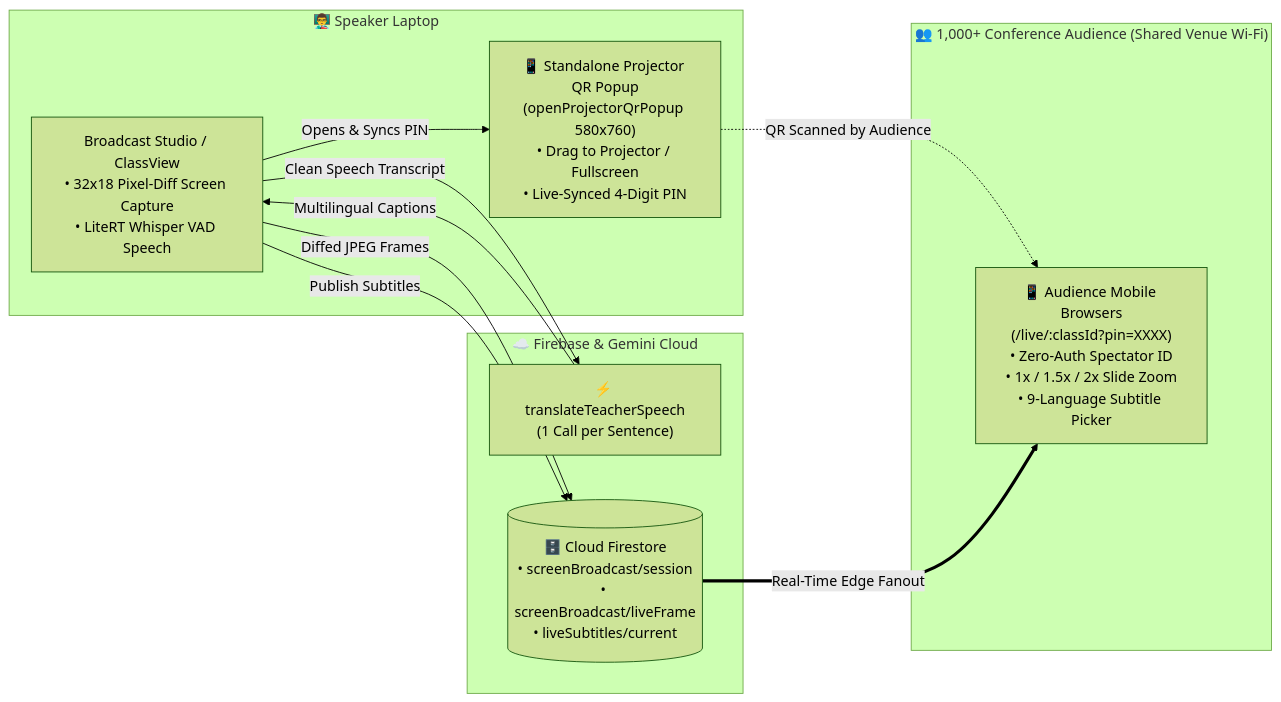
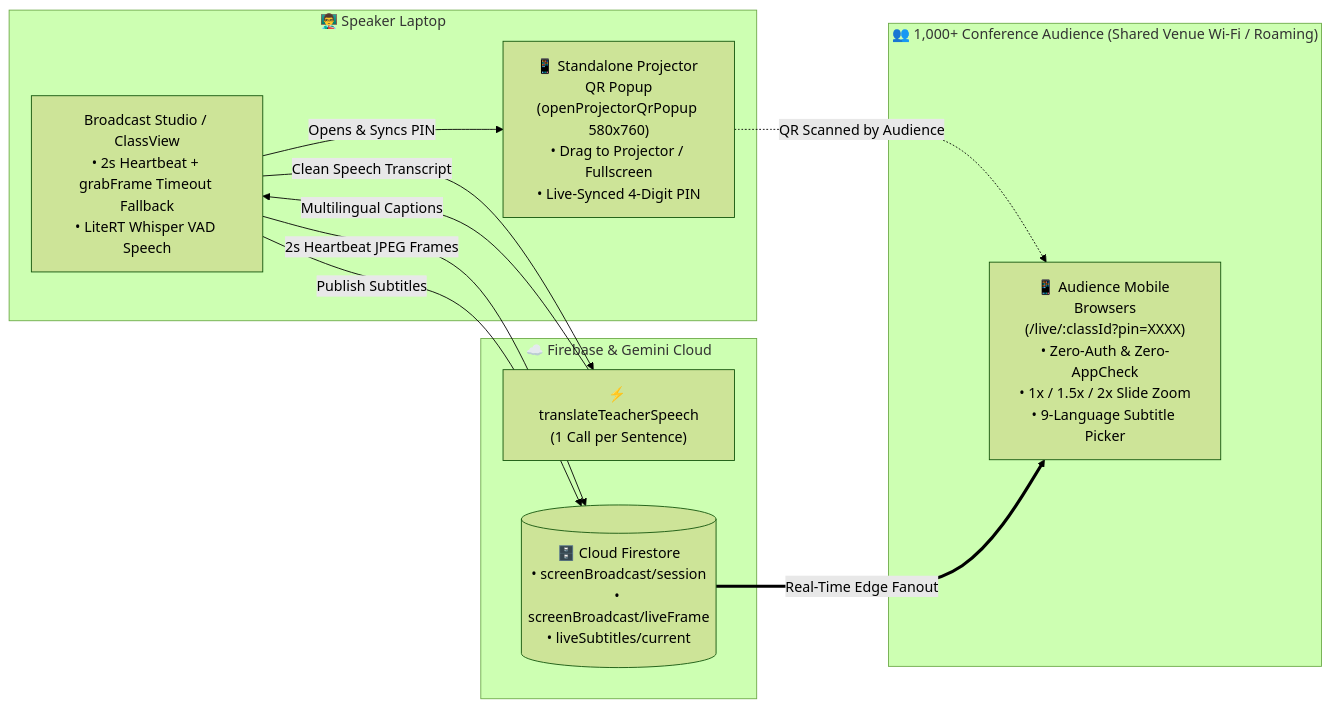
Before and after one commit to wongcyrus/Google-AI-Classroom: the third of 7 diagrams in docs/user-manual-teacher.md, drawn with Mermaid (forest theme). The commit also changed other lines of this file and 4 other files, not shown here.

Commit message:
docs: update screen broadcast & zero-auth public live view reliability docs

````diff
--- a/docs/user-manual-teacher.md
+++ b/docs/user-manual-teacher.md
@@ -529,24 +528,24 @@
 ```mermaid
 flowchart LR
     subgraph SpeakerLaptop["👨‍🏫 Speaker Laptop"]
-        MainUI["Broadcast Studio / ClassView<br/>• 32x18 Pixel-Diff Screen Capture<br/>• LiteRT Whisper VAD Speech"]
+        MainUI["Broadcast Studio / ClassView<br/>• 2s Heartbeat + grabFrame Timeout Fallback<br/>• LiteRT Whisper VAD Speech"]
         PopupWin["📱 Standalone Projector QR Popup<br/>(openProjectorQrPopup 580x760)<br/>• Drag to Projector / Fullscreen<br/>• Live-Synced 4-Digit PIN"]
     end
 
     subgraph CloudBackend["☁️ Firebase & Gemini Cloud"]
         TranslateCF["⚡ translateTeacherSpeech<br/>(1 Call per Sentence)"]
         FirestoreDB[("🗄️ Cloud Firestore<br/>• screenBroadcast/session<br/>• screenBroadcast/liveFrame<br/>• liveSubtitles/current")]
     end
 
-    subgraph ConferenceHall["👥 1,000+ Conference Audience (Shared Venue Wi-Fi)"]
-        Phones["📱 Audience Mobile Browsers<br/>(/live/:classId?pin=XXXX)<br/>• Zero-Auth Spectator ID<br/>• 1x / 1.5x / 2x Slide Zoom<br/>• 9-Language Subtitle Picker"]
+    subgraph ConferenceHall["👥 1,000+ Conference Audience (Shared Venue Wi-Fi / Roaming)"]
+        Phones["📱 Audience Mobile Browsers<br/>(/live/:classId?pin=XXXX)<br/>• Zero-Auth & Zero-AppCheck<br/>• 1x / 1.5x / 2x Slide Zoom<br/>• 9-Language Subtitle Picker"]
     end
 
     MainUI -->|"Opens & Syncs PIN"| PopupWin
     PopupWin -.->|"QR Scanned by Audience"| Phones
-    MainUI -->|"Diffed JPEG Frames"| FirestoreDB
+    MainUI -->|"2s Heartbeat JPEG Frames"| FirestoreDB
     MainUI -->|"Clean Speech Transcript"| TranslateCF
     TranslateCF -->|"Multilingual Captions"| MainUI
     MainUI -->|"Publish Subtitles"| FirestoreDB
     FirestoreDB ==>|"Real-Time Edge Fanout"| Phones
 ```
````
